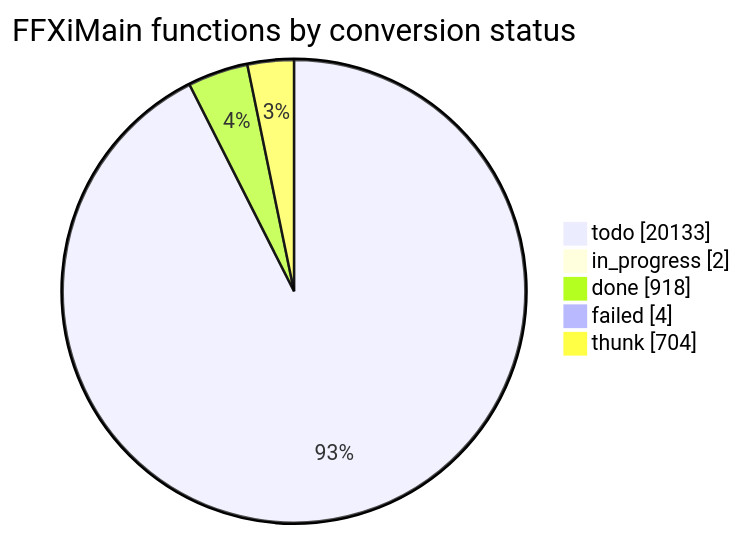
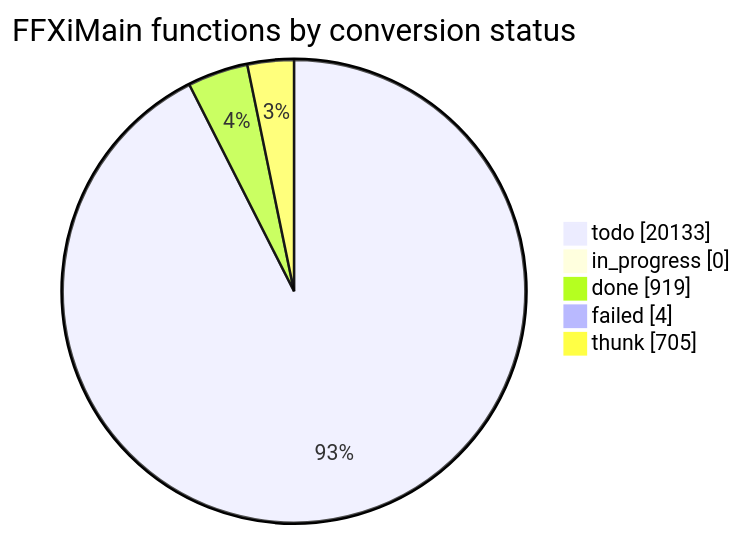
One commit to cowrevenge/cow_kuluu_xi_anything changed the diagram in docs/cow/STATUS.md. Above: the diagram before and after it, drawn with Mermaid. The commit also changed other lines of this file and 9 other files, not shown here.

````diff
--- a/docs/cow/STATUS.md
+++ b/docs/cow/STATUS.md
@@ -18,9 +18,9 @@
 ```mermaid
 pie showData
     title FFXiMain functions by conversion status
     "todo" : 20133
-    "in_progress" : 2
-    "done" : 918
+    "in_progress" : 0
+    "done" : 919
     "failed" : 4
-    "thunk" : 704
+    "thunk" : 705
 ```
````
